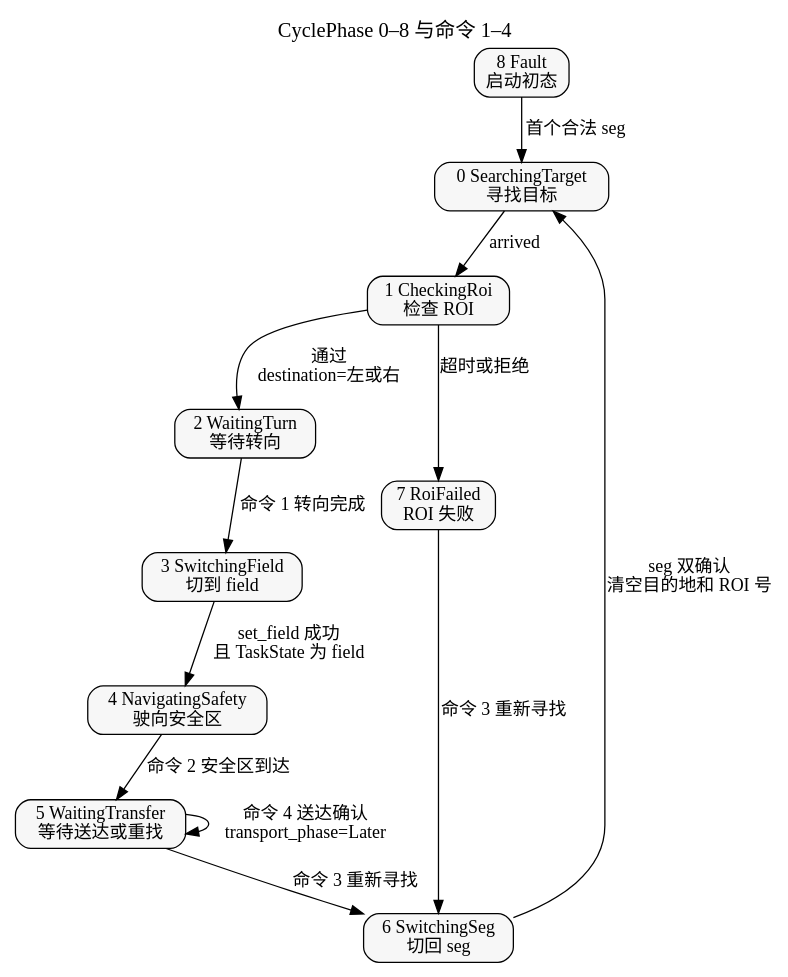
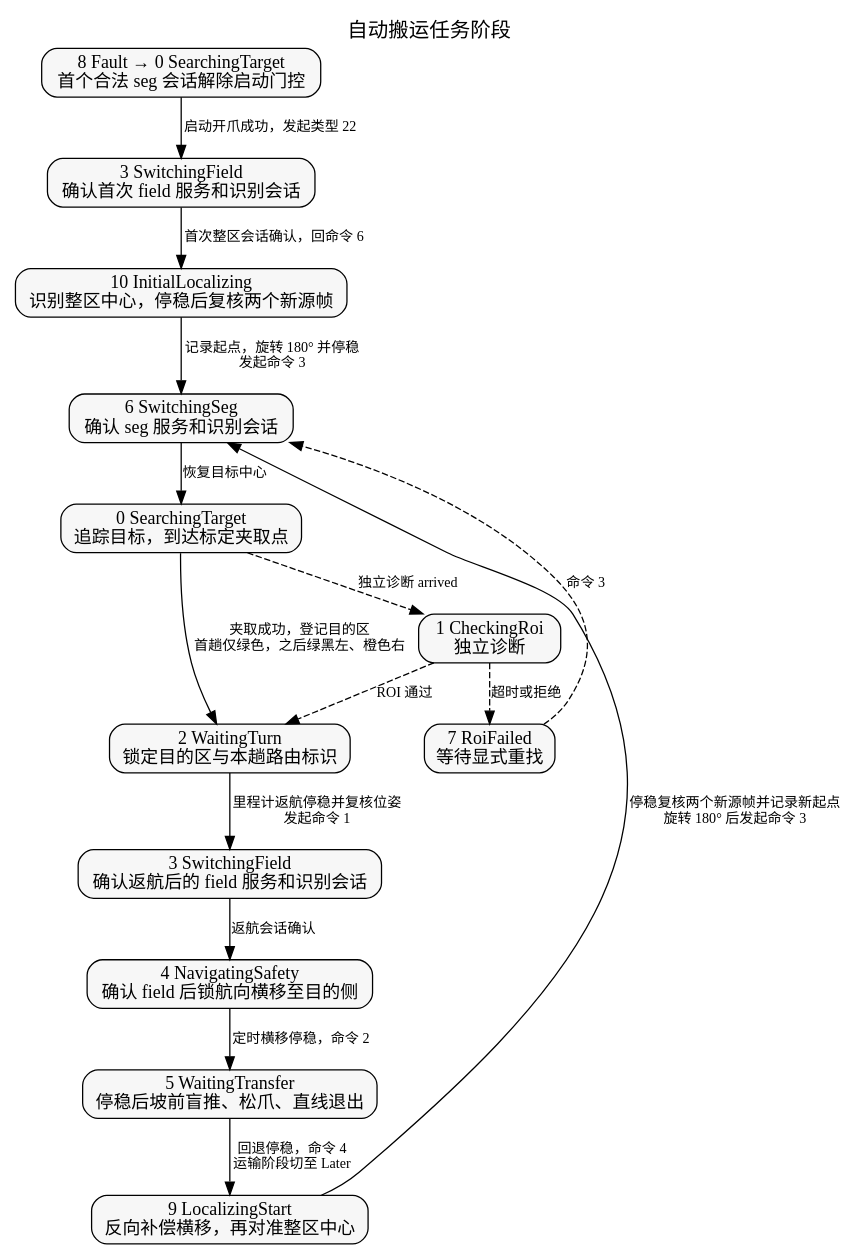
One commit to Lizzz000/gc-rescue-combined changed the diagram in Jetson/docs/flowcharts/mission.dot. Above: the diagram before and after it, drawn with Graphviz. The commit also changed 92 other files, not shown here.

```diff
--- a/Jetson/docs/flowcharts/mission.dot
+++ b/Jetson/docs/flowcharts/mission.dot
@@ -1,33 +1,40 @@
 digraph mission {
   graph [
     fontname="Microsoft YaHei",
     rankdir=TB,
-    label="CyclePhase 0–8 与命令 1–4",
+    label="自动搬运任务阶段",
     labelloc=t,
     fontsize=16
   ];
   node [fontname="Microsoft YaHei", shape=box, style="rounded,filled", fillcolor="#f7f7f7"];
-  edge [fontname="Microsoft YaHei"];
+  edge [fontname="Microsoft YaHei", fontsize=11];
 
-  fault [label="8 Fault\n启动初态"];
-  search [label="0 SearchingTarget\n寻找目标"];
-  roi [label="1 CheckingRoi\n检查 ROI"];
-  turn [label="2 WaitingTurn\n等待转向"];
-  field [label="3 SwitchingField\n切到 field"];
-  nav [label="4 NavigatingSafety\n驶向安全区"];
-  wait [label="5 WaitingTransfer\n等待送达或重找"];
-  seg [label="6 SwitchingSeg\n切回 seg"];
-  failed [label="7 RoiFailed\nROI 失败"];
+  ready [label="8 Fault → 0 SearchingTarget\n首个合法 seg 会话解除启动门控"];
+  first_field [label="3 SwitchingField\n确认首次 field 服务和识别会话"];
+  initial [label="10 InitialLocalizing\n识别整区中心，停稳后复核两个新源帧"];
+  seg [label="6 SwitchingSeg\n确认 seg 服务和识别会话"];
+  search [label="0 SearchingTarget\n追踪目标，到达标定夹取点"];
+  returned [label="2 WaitingTurn\n锁定目的区与本趟路由标识"];
+  return_field [label="3 SwitchingField\n确认返航后的 field 服务和识别会话"];
+  deliver [label="4 NavigatingSafety\n确认 field 后锁航向横移至目的侧"];
+  transfer [label="5 WaitingTransfer\n停稳后坡前盲推、松爪、直线退出"];
+  localize [label="9 LocalizingStart\n反向补偿横移，再对准整区中心"];
+  roi [label="1 CheckingRoi\n独立诊断"];
+  failed [label="7 RoiFailed\n等待显式重找"];
 
-  fault -> search [label="首个合法 seg"];
-  search -> roi [label="arrived"];
-  roi -> turn [label="通过\ndestination=左或右"];
-  roi -> failed [label="超时或拒绝"];
-  failed -> seg [label="命令 3 重新寻找"];
-  turn -> field [label="命令 1 转向完成"];
-  field -> nav [label="set_field 成功\n且 TaskState 为 field"];
-  nav -> wait [label="命令 2 安全区到达"];
-  wait -> wait [label="命令 4 送达确认\ntransport_phase=Later"];
-  wait -> seg [label="命令 3 重新寻找"];
-  seg -> search [label="seg 双确认\n清空目的地和 ROI 号"];
+  ready -> first_field [label="启动开爪成功，发起类型 22"];
+  first_field -> initial [label="首次整区会话确认，回命令 6"];
+  initial -> seg [label="记录起点，旋转 180° 并停稳\n发起命令 3"];
+  seg -> search [label="恢复目标中心"];
+  search -> returned [label="夹取成功，登记目的区\n首趟仅绿色，之后绿黑左、橙色右"];
+  returned -> return_field [label="里程计返航停稳并复核位姿\n发起命令 1"];
+  return_field -> deliver [label="返航会话确认"];
+  deliver -> transfer [label="定时横移停稳，命令 2"];
+  transfer -> localize [label="回退停稳，命令 4\n运输阶段切至 Later"];
+  localize -> seg [label="停稳复核两个新源帧并记录新起点\n旋转 180° 后发起命令 3", constraint=false];
+
+  search -> roi [label="独立诊断 arrived", style=dashed];
+  roi -> returned [label="ROI 通过", style=dashed];
+  roi -> failed [label="超时或拒绝", style=dashed];
+  failed -> seg [label="命令 3", style=dashed, constraint=false];
 }
```
